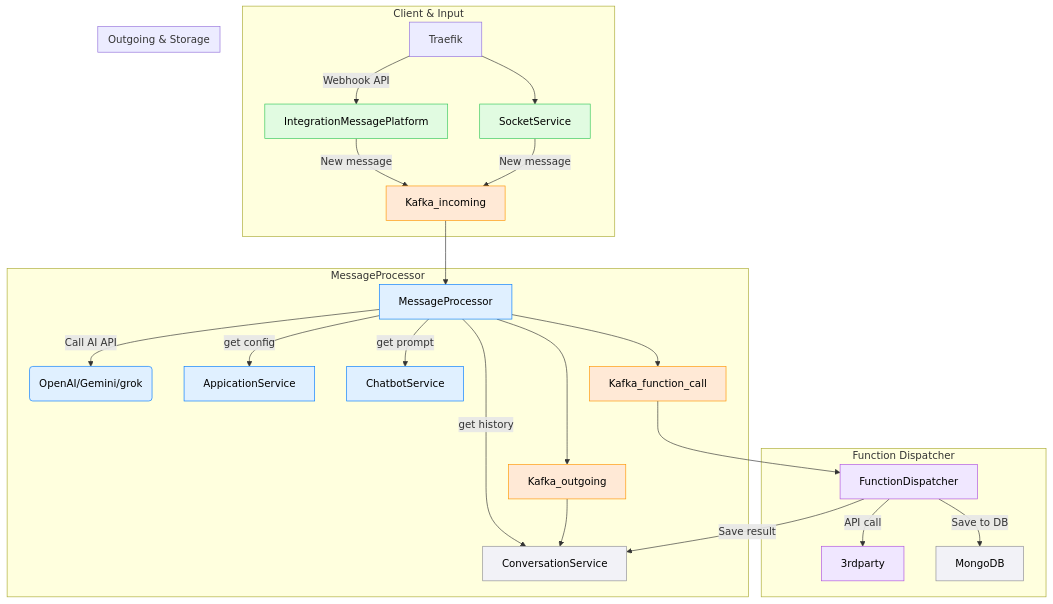
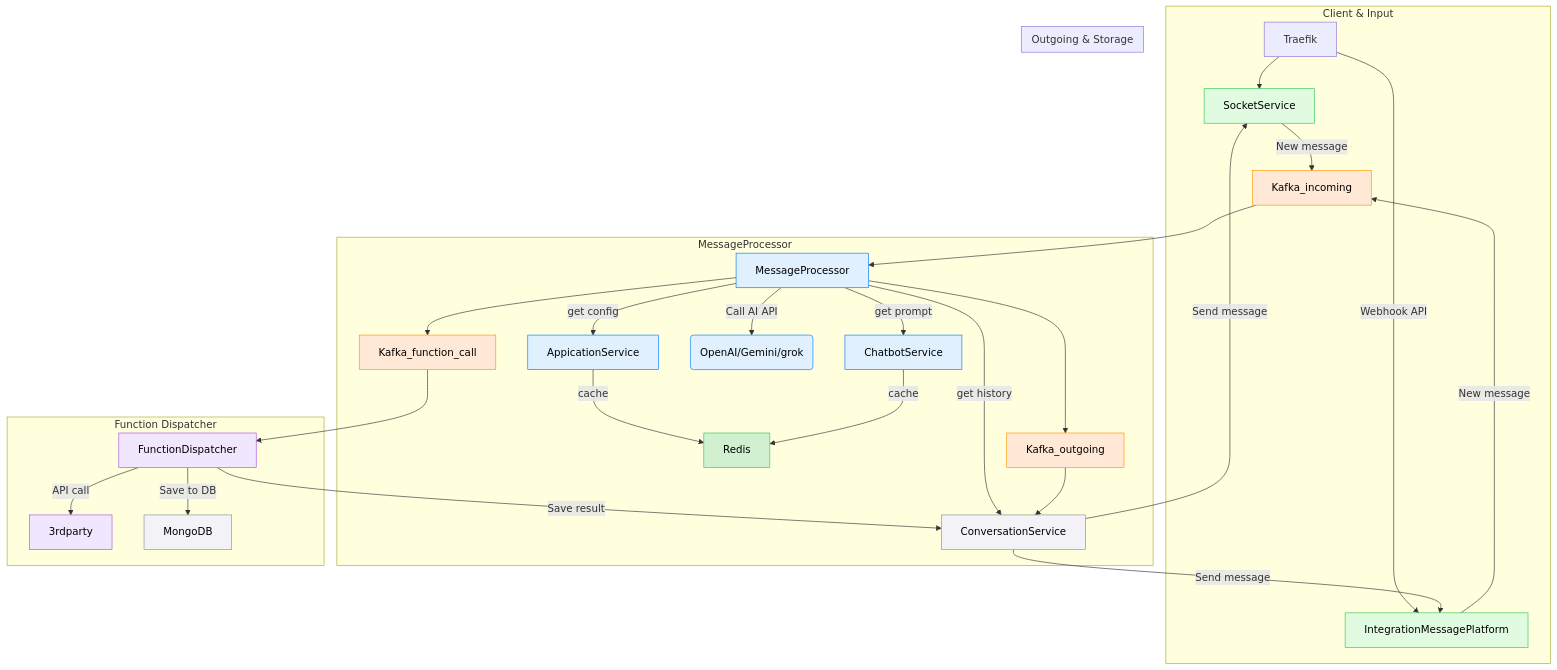
One commit to AI-and-Microservices/ai-system-architecture changed the second of 2 diagrams in architecture.md. Above: the diagram before and after it, drawn with Mermaid.

````diff
--- a/architecture.md
+++ b/architecture.md
@@ -34,42 +34,48 @@
 ```mermaid
 flowchart TD
     %% ENTRY
     subgraph Entry ["Client & Input"]
         Traefik --> SocketService:::entry
         Traefik -->|Webhook API| IntegrationMessagePlatform:::entry
         IntegrationMessagePlatform -->|New message| Kafka_incoming:::kafka
         SocketService -->|New message| Kafka_incoming:::kafka
     end
 
     %% CORE PROCESSING
     subgraph CoreProcessing ["MessageProcessor"]
         Kafka_incoming --> MessageProcessor:::processing
+        MessageProcessor -->|get config| AppicationService:::processing
+        AppicationService -->|cache| Redis:::cache
+        MessageProcessor -->|get prompt| ChatbotService:::processing
+        ChatbotService -->|cache| Redis:::cache
+        MessageProcessor -->|get history| ConversationService:::persistence
         MessageProcessor -->|Call AI API| AIService(OpenAI/Gemini/grok):::processing
-        MessageProcessor -->|get config| AppicationService:::processing
-        MessageProcessor -->|get prompt| ChatbotService:::processing
-        MessageProcessor -->|get history| ConversationService:::persistence
         MessageProcessor --> Kafka_outgoing:::kafka
         MessageProcessor --> Kafka_function_call:::kafka
     end
 
     %% FUNCTION CALL
     subgraph FunctionCall ["Function Dispatcher"]
         Kafka_function_call --> FunctionDispatcher:::function
         FunctionDispatcher -->|API call| 3rdparty:::function
         FunctionDispatcher -->|Save result| ConversationService:::persistence
         FunctionDispatcher -->|Save to DB| MongoDB:::persistence
     end
 
     %% OUTGOING
     subgraph Persistence ["Outgoing & Storage"]
         Kafka_outgoing --> ConversationService:::persistence
+        ConversationService -->|Send message| SocketService:::entry
+        ConversationService -->|Send message| IntegrationMessagePlatform:::entry
     end
 
     %% CLASS DEFINITIONS
     classDef entry fill:#e1fbe1,stroke:#34c759,color:#000;
     classDef processing fill:#e0f0ff,stroke:#007aff,color:#000;
     classDef kafka fill:#ffe9d6,stroke:#ff9500,color:#000;
     classDef function fill:#f0e7ff,stroke:#af52de,color:#000;
     classDef persistence fill:#f2f2f7,stroke:#8e8e93,color:#000;
+    classDef cache fill:#d0f0d0,stroke:#34c759,color:#000;
+
   
 ```
````
